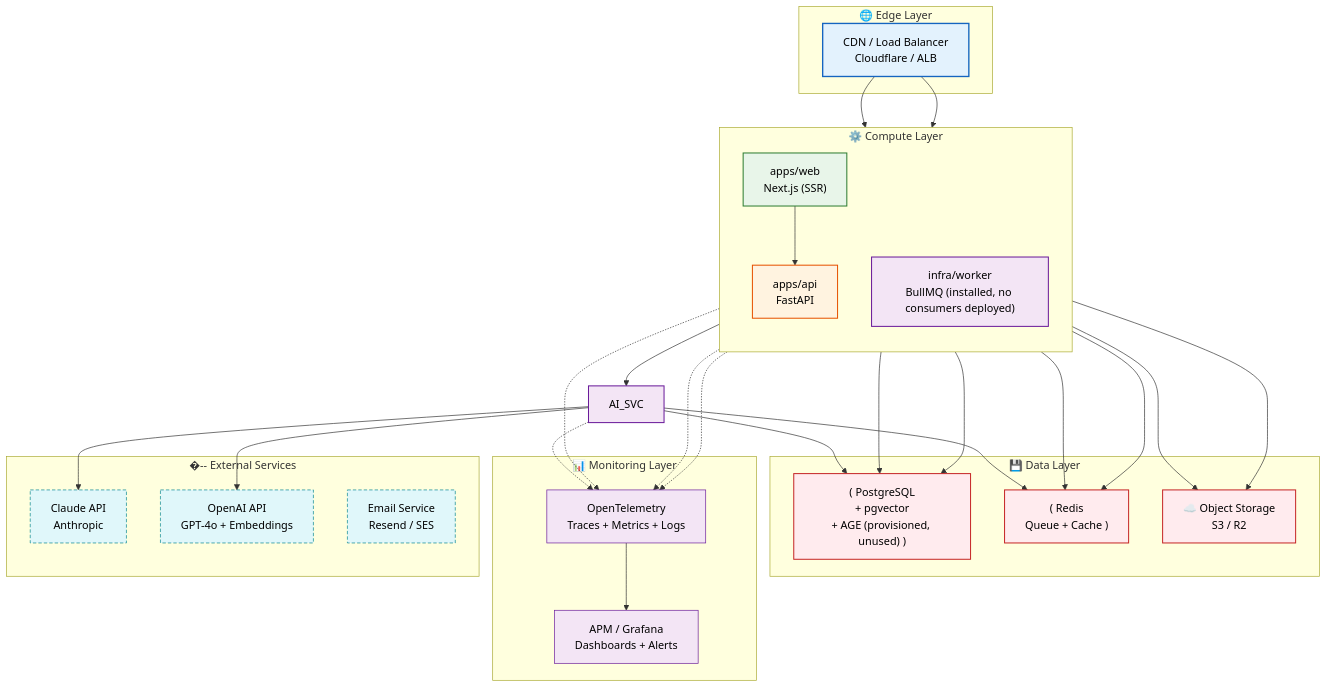
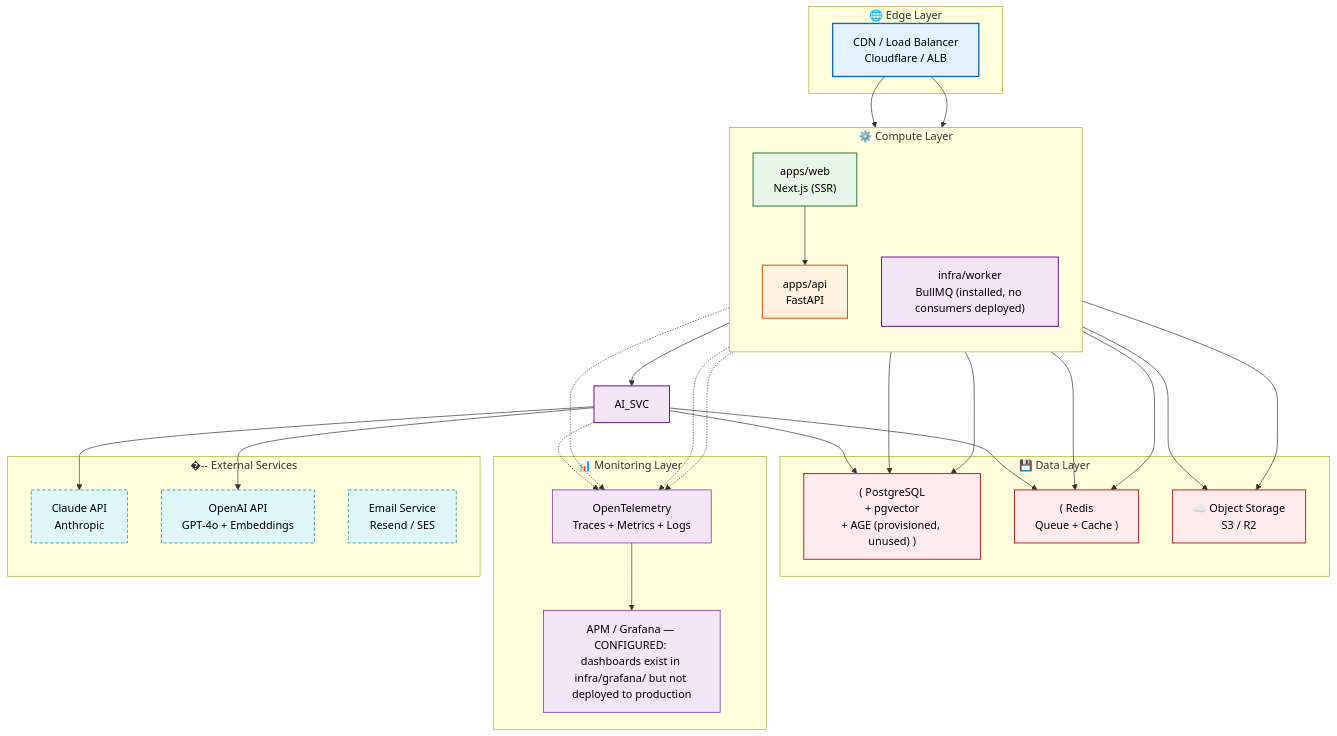
One commit to Driftloom/Vaeloom changed the diagram in docs/architecture/Infrastructure.md. Above: the diagram before and after it, drawn with Mermaid. The commit also changed other lines of this file and 91 other files, not shown here.

````diff
--- a/docs/architecture/Infrastructure.md
+++ b/docs/architecture/Infrastructure.md
@@ -8,57 +8,57 @@
 ```mermaid
 graph TD
     classDef edge fill:#e3f2fd,stroke:#1565c0,color:#000,stroke-width:2px
     classDef web fill:#e8f5e9,stroke:#2e7d32,color:#000,stroke-width:1.5px
     classDef api fill:#fff3e0,stroke:#e65100,color:#000,stroke-width:1.5px
     classDef ai fill:#f3e5f5,stroke:#6a1b9a,color:#000,stroke-width:1.5px
     classDef infra fill:#ffebee,stroke:#c62828,color:#000,stroke-width:1.5px
     classDef external fill:#e0f7fa,stroke:#00838f,color:#000,stroke-width:1px,stroke-dasharray: 5 3
     classDef monitoring fill:#f3e5f5,stroke:#6a1b9a,color:#000,stroke-width:1px
 
     subgraph Edge_layer["🌐 Edge Layer"]
         LB["CDN / Load Balancer<br/>Cloudflare / ALB"]
     end
 
     subgraph Compute["⚙️ Compute Layer"]
         direction TB
         WEB["apps/web<br/>Next.js (SSR)"]
         API["apps/api<br/>FastAPI"]
         WORKER["infra/worker<br/>BullMQ (installed, no consumers deployed)"]
     end
 
     subgraph Data["💾 Data Layer"]
         PG["( PostgreSQL<br/>+ pgvector<br/>+ AGE (provisioned, unused) )"]
         REDIS["( Redis<br/>Queue + Cache )"]
         S3["☁️ Object Storage<br/>S3 / R2"]
     end
 
     subgraph Monitoring["📊 Monitoring Layer"]
         OTEL["OpenTelemetry<br/>Traces + Metrics + Logs"]
-        APM["APM / Grafana<br/>Dashboards + Alerts"]
+        APM["APM / Grafana — CONFIGURED: dashboards exist in infra/grafana/ but not deployed to production"]
     end
 
     subgraph External["�-- External Services"]
         CLAUDE["Claude API<br/>Anthropic"]
         OPENAI["OpenAI API<br/>GPT-4o + Embeddings"]
         EMAIL["Email Service<br/>Resend / SES"]
     end
 
     LB --> WEB & API
     WEB --> API
     API --> AI_SVC
     AI_SVC --> CLAUDE & OPENAI
     API --> PG & REDIS & S3
     AI_SVC --> PG & REDIS
     WORKER --> PG & REDIS & S3
     WEB & API & AI_SVC & WORKER -.-> OTEL
     OTEL --> APM
 
     class LB edge
     class WEB web
     class API api
     class AI_SVC,WORKER ai
     class PG,REDIS,S3 infra
     class OTEL,APM monitoring
     class CLAUDE,OPENAI,EMAIL external
 
 ```
````
